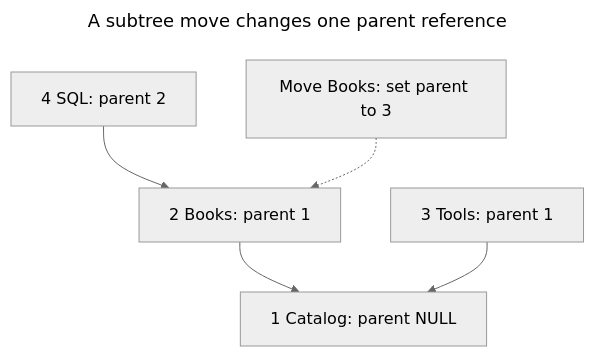
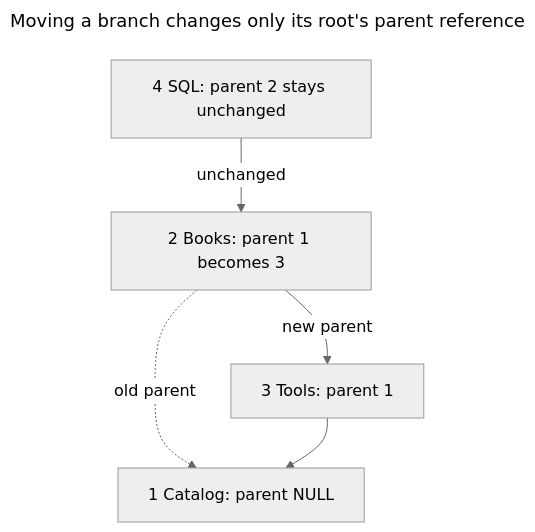
The second of 4 diagrams in book/en/adjacency-list.md (mokevnin/database-design-patterns), drawn with Mermaid (neutral theme) before and after one commit. The commit also changed other lines of this file and 13 other files, not shown here.

First line of the commit message:
docs: add ER and other diagrams to the first fourteen chapters

````diff
--- a/book/en/adjacency-list.md
+++ b/book/en/adjacency-list.md
@@ -41,15 +57,14 @@
 ```mermaid
 ---
-title: A subtree move changes one parent reference
+title: Moving a branch changes only its root's parent reference
 ---
 flowchart TB
-  root["1 Catalog: parent NULL"]:::muted
-  books["2 Books: parent 1"]:::accent
-  sql["4 SQL: parent 2"]:::accent
+  catalog["1 Catalog: parent NULL"]:::muted
   tools["3 Tools: parent 1"]:::muted
-  move["Move Books: set parent to 3"]:::warn
-  sql --> books
-  books --> root
-  tools --> root
-  move -.-> books
+  books["2 Books: parent 1 becomes 3"]:::accent
+  sql["4 SQL: parent 2 stays unchanged"]:::accent
+  sql -->|unchanged| books
+  books -.->|old parent| catalog
+  books -->|new parent| tools
+  tools --> catalog
 ```
````
